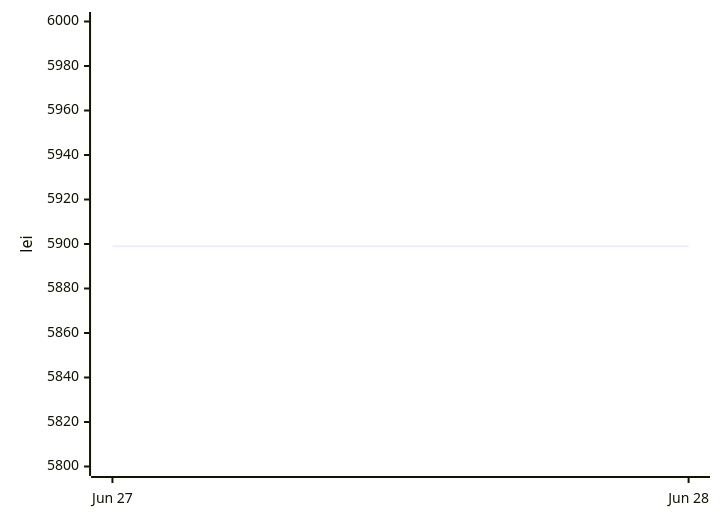
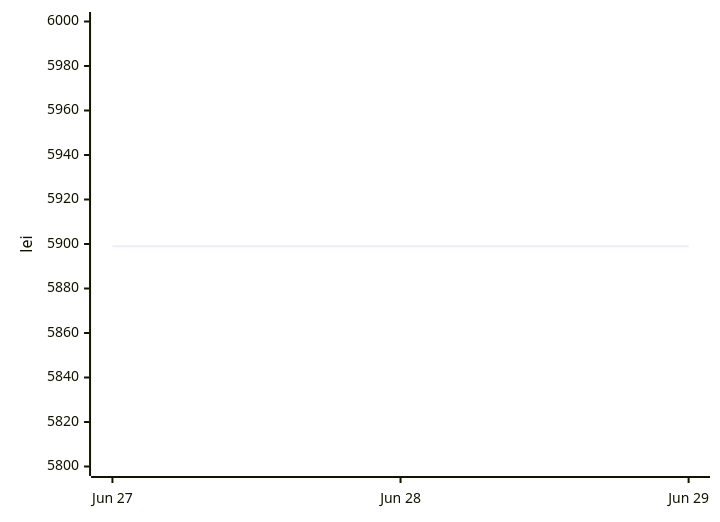
The second of 2 diagrams in README.md (anagheioan/laptop-price-monitor), drawn with Mermaid before and after one commit. The commit also changed other lines of this file and 1 other file, not shown here.

Commit message:
Price check 2026-06-29

````diff
--- a/README.md
+++ b/README.md
@@ -29,6 +29,6 @@
 ```mermaid
 xychart-beta
-    x-axis ["Jun 27", "Jun 28"]
+    x-axis ["Jun 27", "Jun 28", "Jun 29"]
     y-axis "lei" 5800 --> 6000
-    line [5899.00, 5899.00]
+    line [5899.0, 5899.0, 5899.0]
 ```
````
